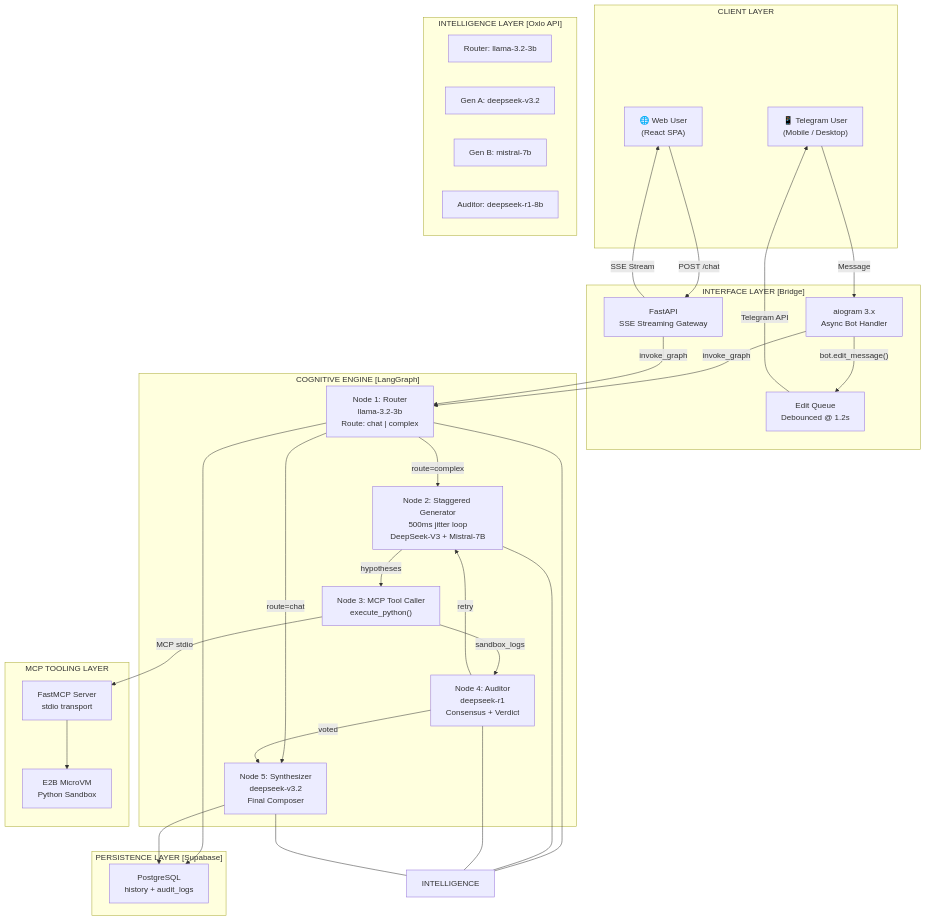
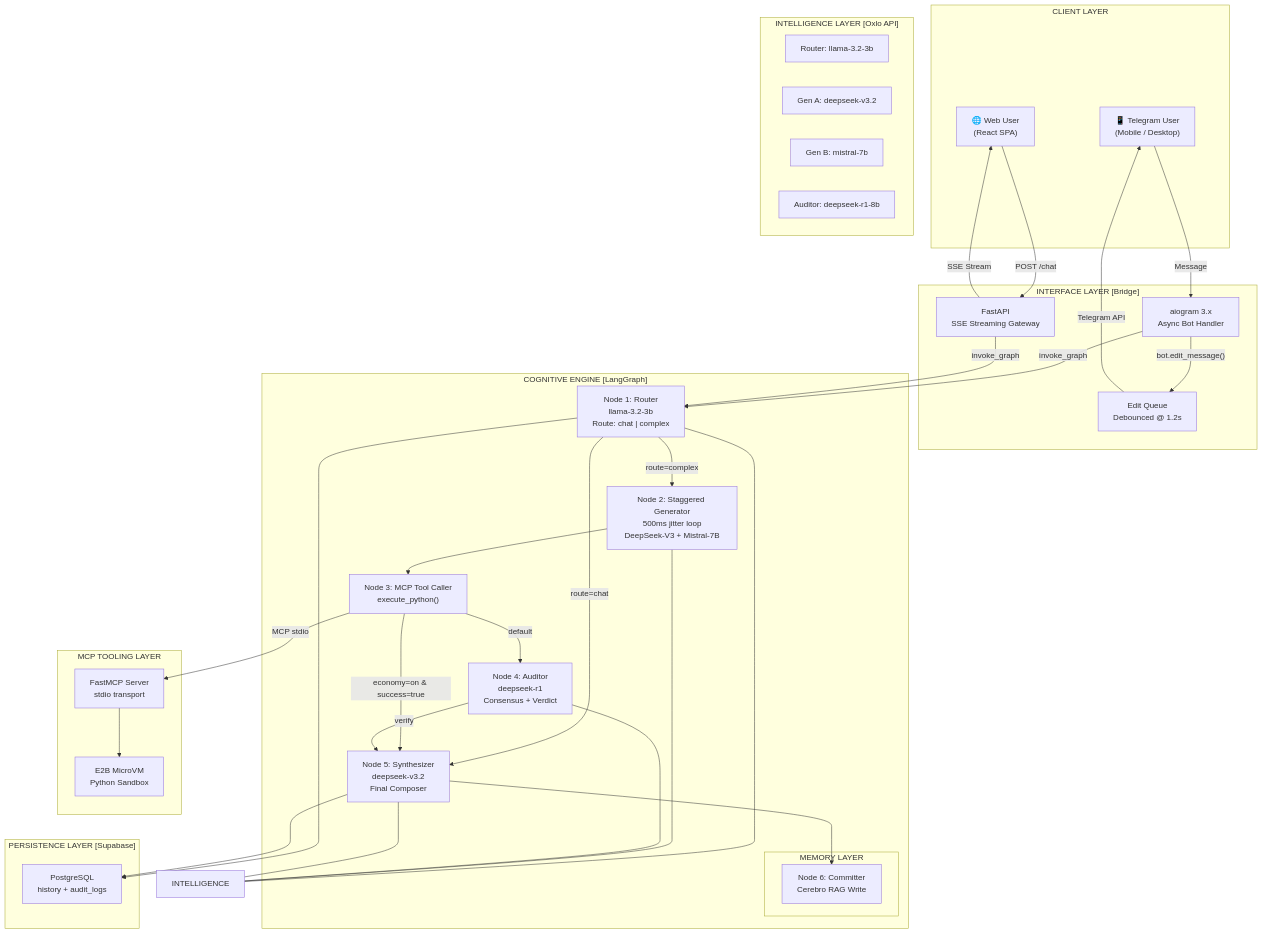
One commit to Rasslonely/Oxlo---Sentinel changed the diagram in ARCHITECTURE.md. Above: the diagram before and after it, drawn with Mermaid. The commit also changed 5 other files, not shown here.

````diff
--- a/ARCHITECTURE.md
+++ b/ARCHITECTURE.md
@@ -48,57 +48,62 @@
 ```mermaid
 graph TD
     subgraph "CLIENT LAYER"
         TG["📱 Telegram User<br/>(Mobile / Desktop)"]
         WEB["🌐 Web User<br/>(React SPA)"]
     end
 
     subgraph "INTERFACE LAYER [Bridge]"
         AIO["aiogram 3.x<br/>Async Bot Handler"]
         FAST["FastAPI<br/>SSE Streaming Gateway"]
         EQ["Edit Queue<br/>Debounced @ 1.2s"]
         
         AIO -->|"bot.edit_message()"| EQ
         EQ -->|"Telegram API"| TG
         TG -->|"Message"| AIO
         
         FAST -->|"SSE Stream"| WEB
         WEB -->|"POST /chat"| FAST
     end
 
     subgraph "COGNITIVE ENGINE [LangGraph]"
         N1["Node 1: Router<br/>llama-3.2-3b<br/>Route: chat | complex"]
         N2["Node 2: Staggered Generator<br/>500ms jitter loop<br/>DeepSeek-V3 + Mistral-7B"]
         N3["Node 3: MCP Tool Caller<br/>execute_python()"]
         N4["Node 4: Auditor<br/>deepseek-r1<br/>Consensus + Verdict"]
         N5["Node 5: Synthesizer<br/>deepseek-v3.2<br/>Final Composer"]
 
         N1 -->|"route=complex"| N2
         N1 -->|"route=chat"| N5
-        N2 -->|"hypotheses"| N3
-        N3 -->|"sandbox_logs"| N4
-        N4 -->|"retry"| N2
-        N4 -->|"voted"| N5
+        N2 --> N3
+        N3 -->|"economy=on & success=true"| N5
+        N3 -->|"default"| N4
+        N4 -->|"verify"| N5
+        N5 --> N6
+
+        subgraph "MEMORY LAYER"
+            N6["Node 6: Committer<br/>Cerebro RAG Write"]
+        end
     end
 
     subgraph "MCP TOOLING LAYER"
         MCPS["FastMCP Server<br/>stdio transport"]
         E2B["E2B MicroVM<br/>Python Sandbox"]
         MCPS --> E2B
     end
 
     subgraph "INTELLIGENCE LAYER [Oxlo API]"
         M1["Router: llama-3.2-3b"]
         M2["Gen A: deepseek-v3.2"]
         M3["Gen B: mistral-7b"]
         M4["Auditor: deepseek-r1-8b"]
     end
 
     subgraph "PERSISTENCE LAYER [Supabase]"
         PG["PostgreSQL<br/>history + audit_logs"]
     end
 
     AIO & FAST -->|"invoke_graph"| N1
     N3 -->|"MCP stdio"| MCPS
     N1 & N2 & N4 & N5 --- INTELLIGENCE
     N1 & N5 --> PG
 ```
````
